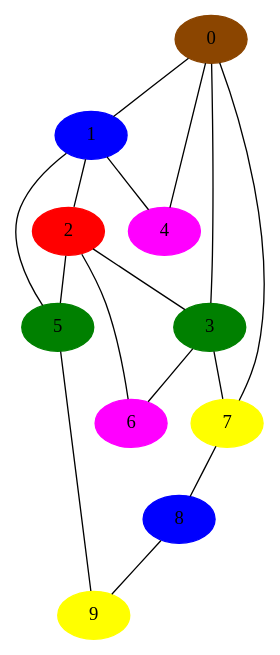
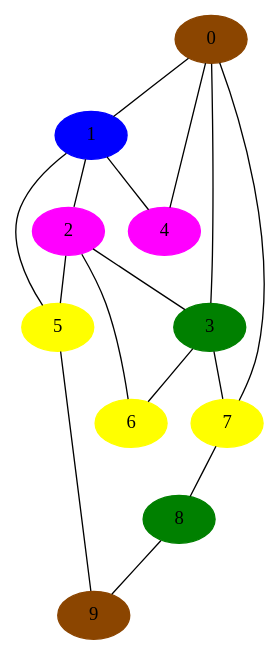
The diagram in CSlAB_2017/GraphNextSession/planar2ColoredPlanar.dot (kuldeep725/COLLEGE_STUFFS), drawn with Graphviz before and after one commit. The commit also changed 5 other files, not shown here.

```diff
--- a/CSlAB_2017/GraphNextSession/planar2ColoredPlanar.dot
+++ b/CSlAB_2017/GraphNextSession/planar2ColoredPlanar.dot
@@ -1,30 +1,30 @@
 graph planar2 {
       0 -- 1 ;
       0 -- 3 ;
       0 -- 4 ;
       0 -- 7 ;
       1 -- 2 ;
       1 -- 4 ;
       1 -- 5 ;
       2 -- 3 ;
       2 -- 5 ;
       2 -- 6 ;
       3 -- 6 ;
       3 -- 7 ;
       4 ;
       5 -- 9 ;
       6 ;
       7 -- 8 ;
       8 -- 9 ;
       9 ;
       0 [color=darkorange4, style=filled];
       1 [color=blue, style=filled];
-      2 [color=red, style=filled];
+      2 [color=magenta, style=filled];
       3 [color=green, style=filled];
       4 [color=magenta, style=filled];
-      5 [color=green, style=filled];
-      6 [color=magenta, style=filled];
+      5 [color=yellow, style=filled];
+      6 [color=yellow, style=filled];
       7 [color=yellow, style=filled];
-      8 [color=blue, style=filled];
-      9 [color=yellow, style=filled]
+      8 [color=green, style=filled];
+      9 [color=darkorange4, style=filled]
 }
```
